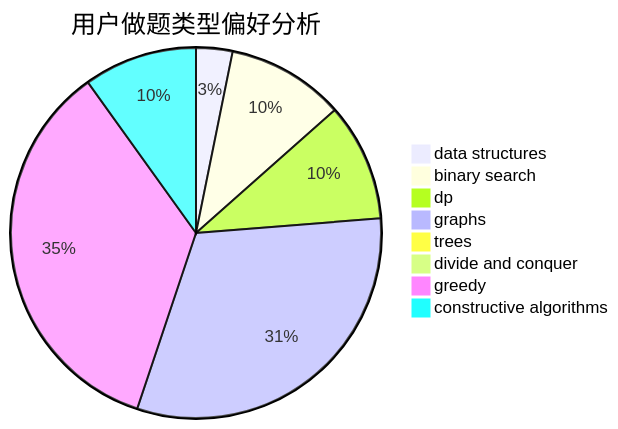
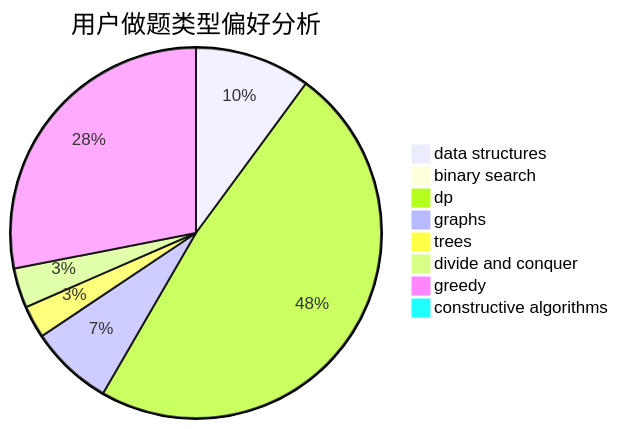
Before and after one commit to sherpahu/cfrs.github.io: the second of 3 diagrams in docs/user/u577.md, drawn with Mermaid. The commit also changed other lines of this file and 2770 other files, not shown here.

````diff
--- a/docs/user/u577.md
+++ b/docs/user/u577.md
@@ -23,11 +23,11 @@
 ```mermaid
 pie title 用户做题类型偏好分析
-    "data structures" :  17
-    "binary search" :  55
-    "dp" :  55
-    "graphs" :  168
-    "trees" :  1
-    "divide and conquer" :  1
-    "greedy" :  187
-    "constructive algorithms" :  53
+    "data structures" :  32
+    "binary search" :  3
+    "dp" :  153
+    "graphs" :  23
+    "trees" :  9
+    "divide and conquer" :  11
+    "greedy" :  89
+    "constructive algorithms" :  2
 ```
````
